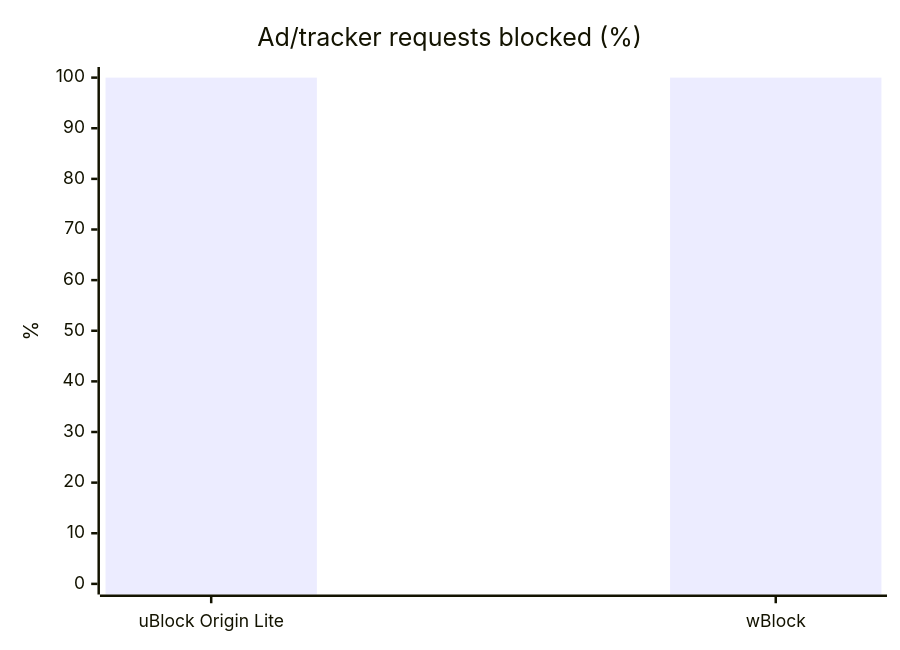
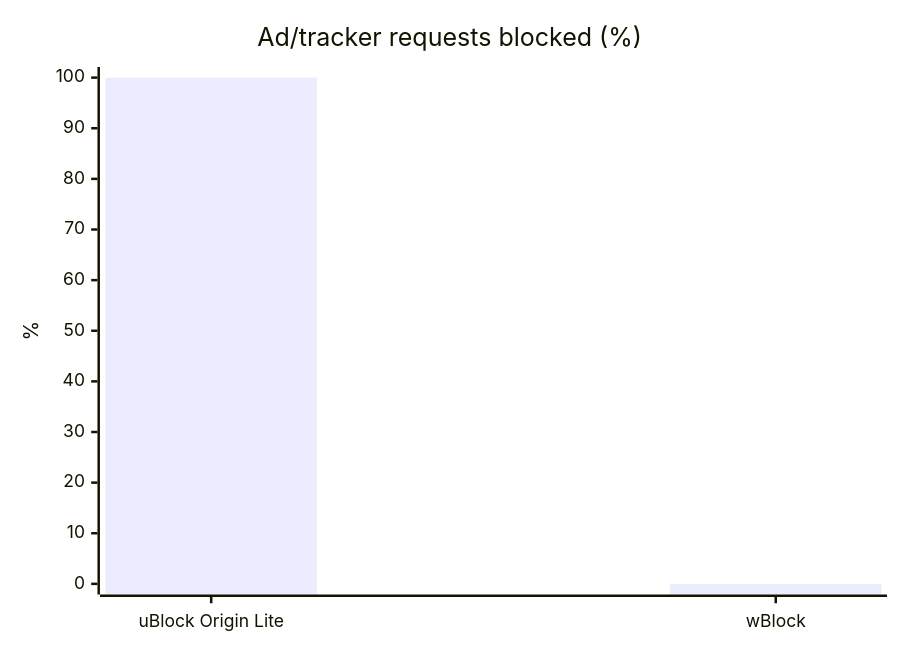
The first of 2 diagrams in README.md (btecu/safari-ad), drawn with Mermaid before and after one commit. The commit also changed other lines of this file and 56 other files, not shown here.

````diff
--- a/README.md
+++ b/README.md
@@ -57,7 +57,7 @@
 ```mermaid
 xychart-beta
   title "Ad/tracker requests blocked (%)"
   x-axis ["uBlock Origin Lite", "wBlock"]
   y-axis "%" 0 --> 100
-  bar [100, 100]
+  bar [100, 0]
 ```
````
